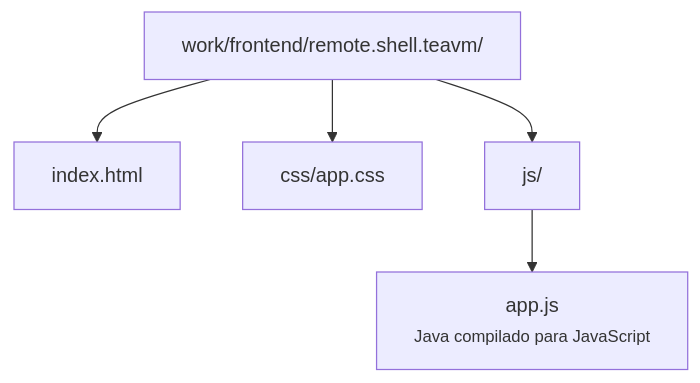
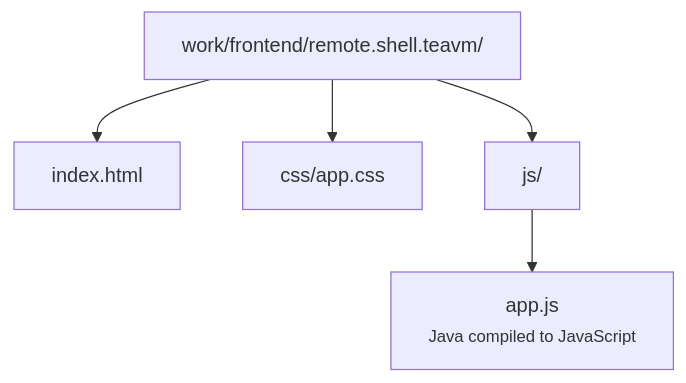
Before and after one commit to mrcdom/wdc-cube-java-v2: the fourth of 4 diagrams in fontes/br.com.wdc.shopping/br.com.wdc.shopping.view.remote/remote.shell.teavm/README.md, drawn with Mermaid. The commit also changed other lines of this file and 69 other files, not shown here.

````diff
--- a/fontes/br.com.wdc.shopping/br.com.wdc.shopping.view.remote/remote.shell.teavm/README.md
+++ b/fontes/br.com.wdc.shopping/br.com.wdc.shopping.view.remote/remote.shell.teavm/README.md
@@ -162,13 +162,13 @@
 ```mermaid
 graph TD
     root["work/frontend/remote.shell.teavm/"]
     index["index.html"]
     css["css/app.css"]
     js["js/"]
-    appJs["app.js<br/><small>Java compilado para JavaScript</small>"]
+    appJs["app.js<br/><small>Java compiled to JavaScript</small>"]
 
     root --> index
     root --> css
     root --> js
     js --> appJs
 ```
````
